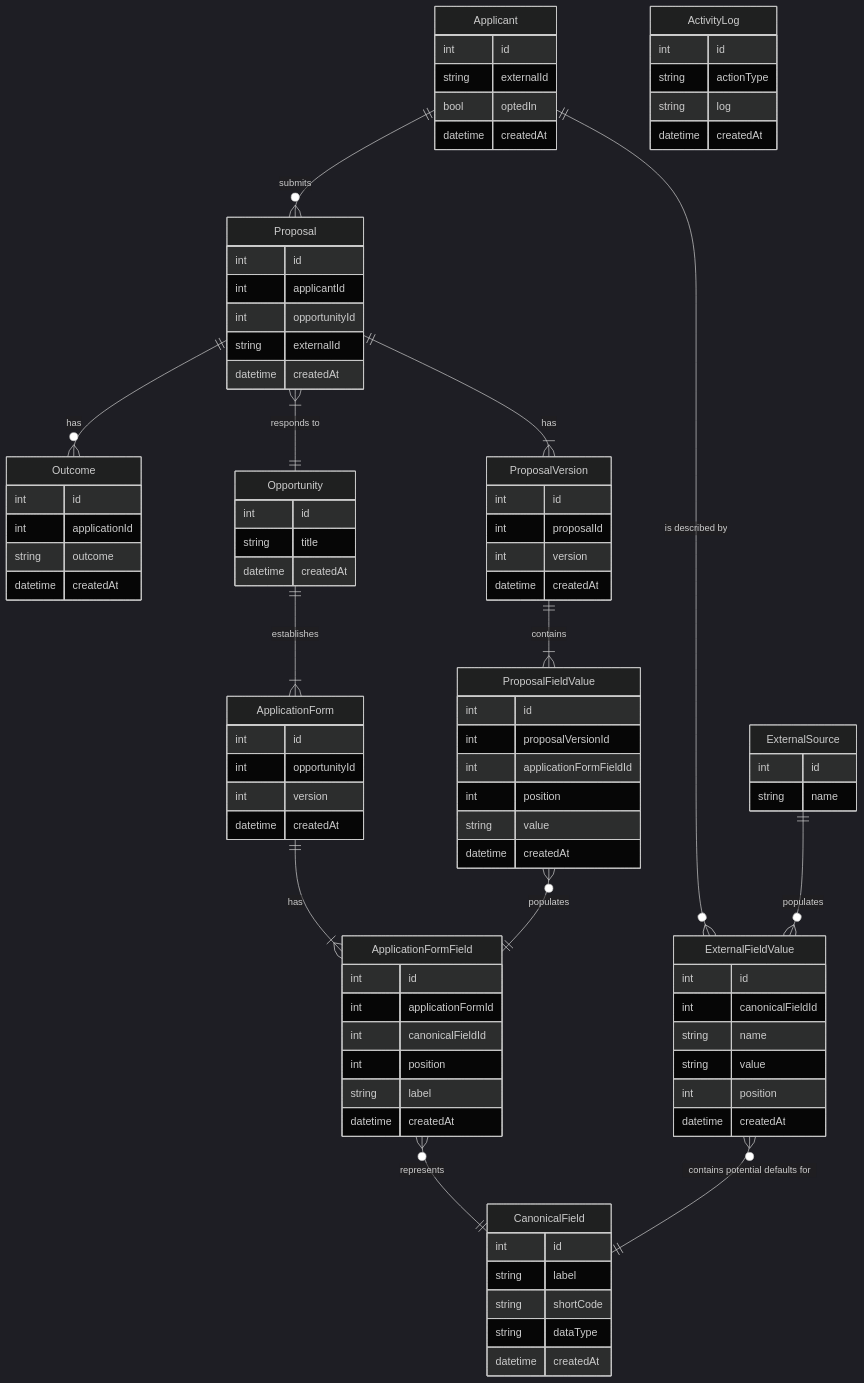
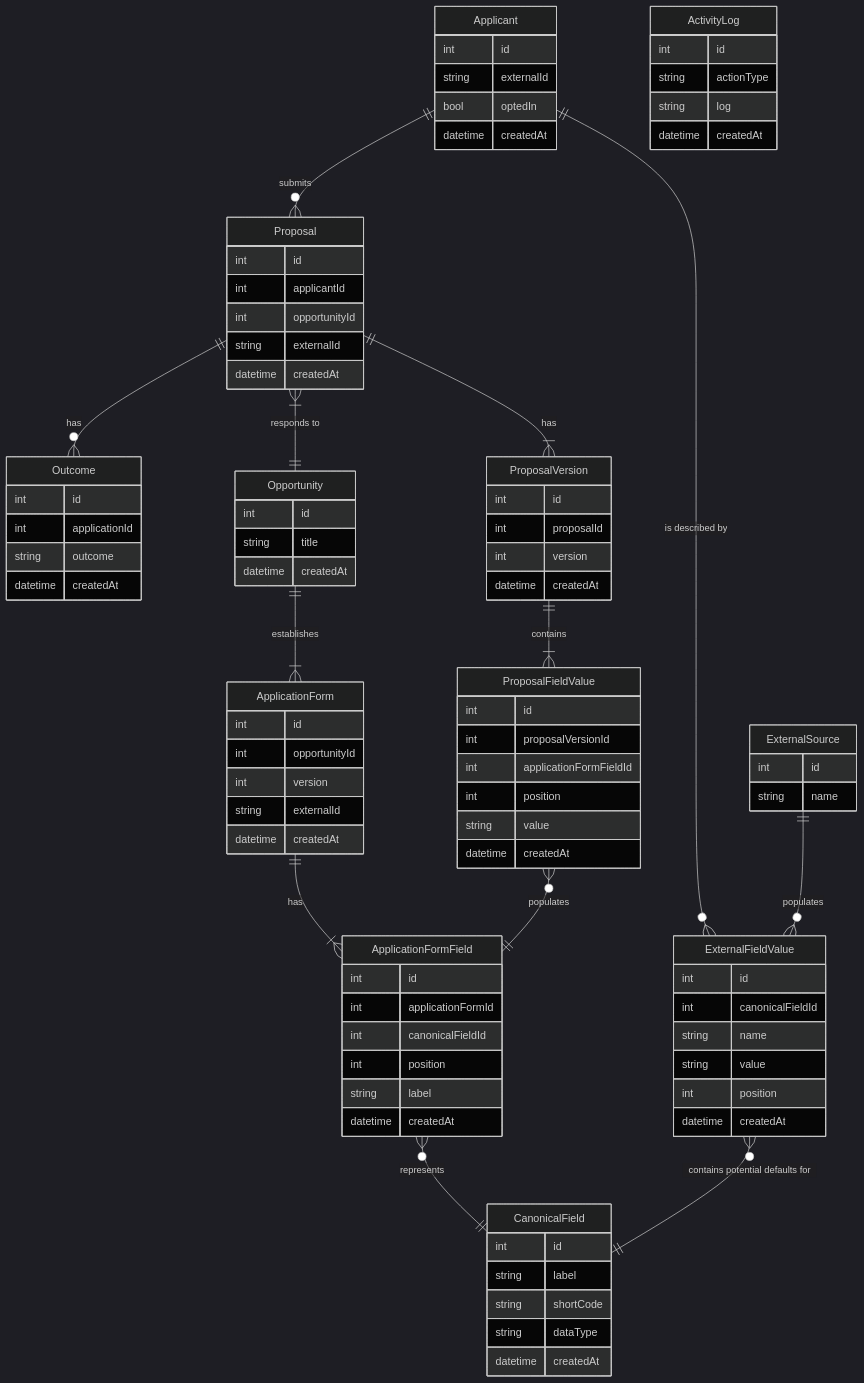
The first of 4 diagrams in docs/ENTITY_RELATIONSHIP_DIAGRAM.md (PhilanthropyDataCommons/service), drawn with Mermaid (dark theme) before and after one commit. The commit also changed 8 other files, not shown here.

```diff
--- a/docs/ENTITY_RELATIONSHIP_DIAGRAM.md
+++ b/docs/ENTITY_RELATIONSHIP_DIAGRAM.md
@@ -42,6 +42,7 @@
     int id
     int opportunityId
     int version
+    string externalId
     datetime createdAt
   }
   ApplicationFormField {
```
